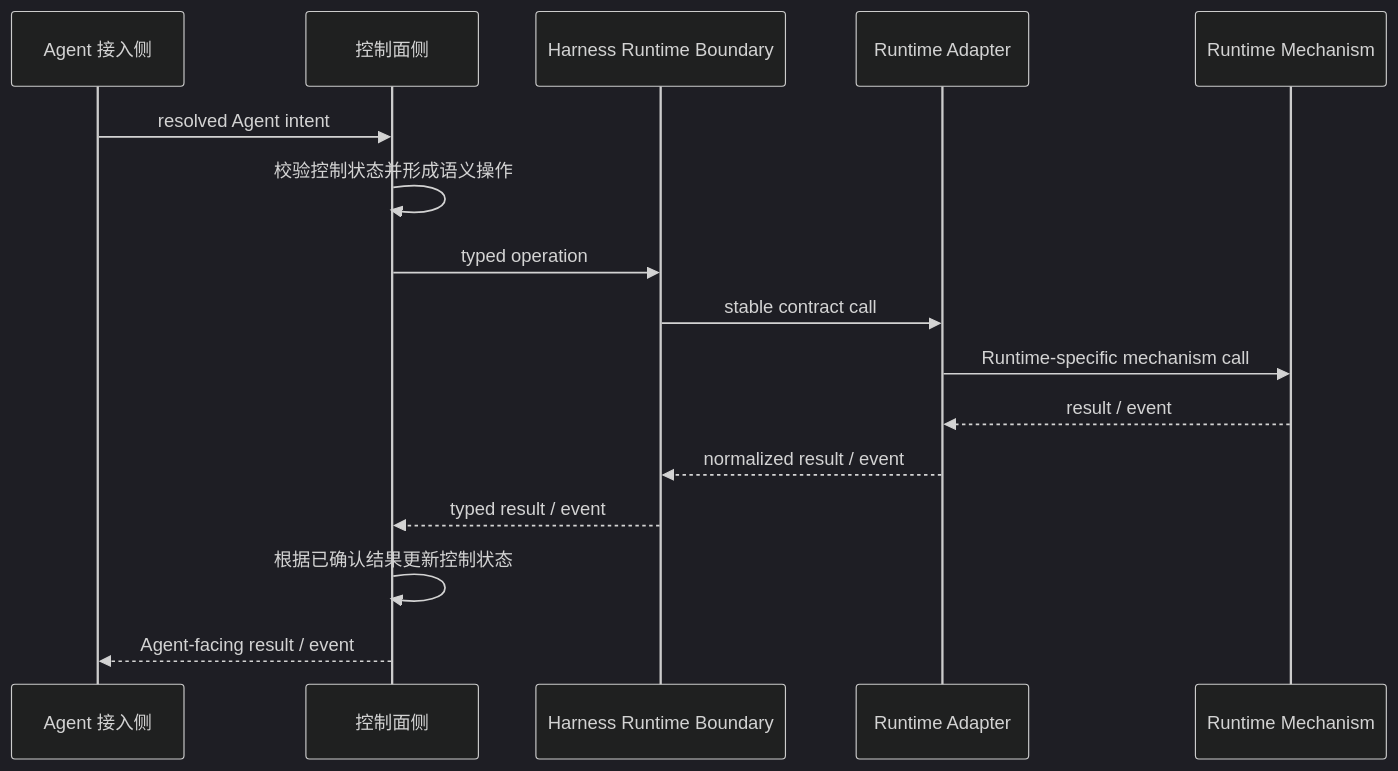
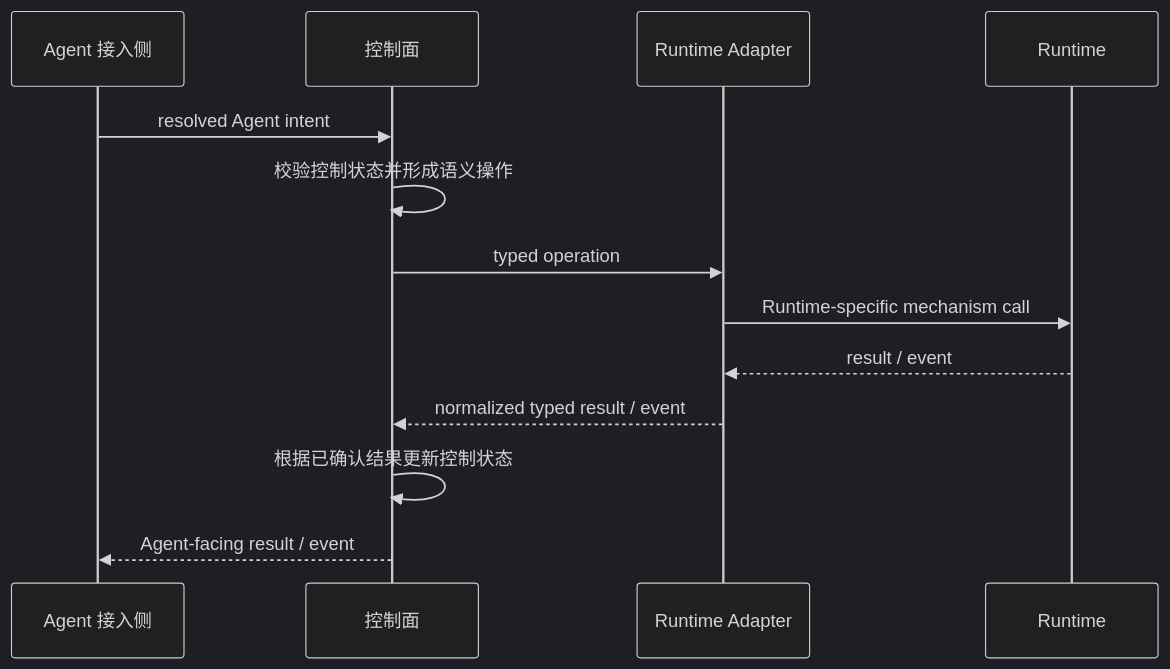
The second of 2 diagrams in docs/architecture.md (bettermultiply/AgentScout), drawn with Mermaid (dark theme) before and after one commit. The commit also changed other lines of this file and 17 other files, not shown here.

Commit message:
docs: align architecture terminology

````diff
--- a/docs/architecture.md
+++ b/docs/architecture.md
@@ -80,19 +79,16 @@
 ```mermaid
 sequenceDiagram
     participant A as Agent 接入侧
-    participant C as 控制面侧
-    participant B as Harness Runtime Boundary
+    participant C as 控制面
     participant D as Runtime Adapter
-    participant R as Runtime Mechanism
+    participant R as Runtime
 
     A->>C: resolved Agent intent
     C->>C: 校验控制状态并形成语义操作
-    C->>B: typed operation
-    B->>D: stable contract call
+    C->>D: typed operation
     D->>R: Runtime-specific mechanism call
     R-->>D: result / event
-    D-->>B: normalized result / event
-    B-->>C: typed result / event
+    D-->>C: normalized typed result / event
     C->>C: 根据已确认结果更新控制状态
     C-->>A: Agent-facing result / event
 ```
````
